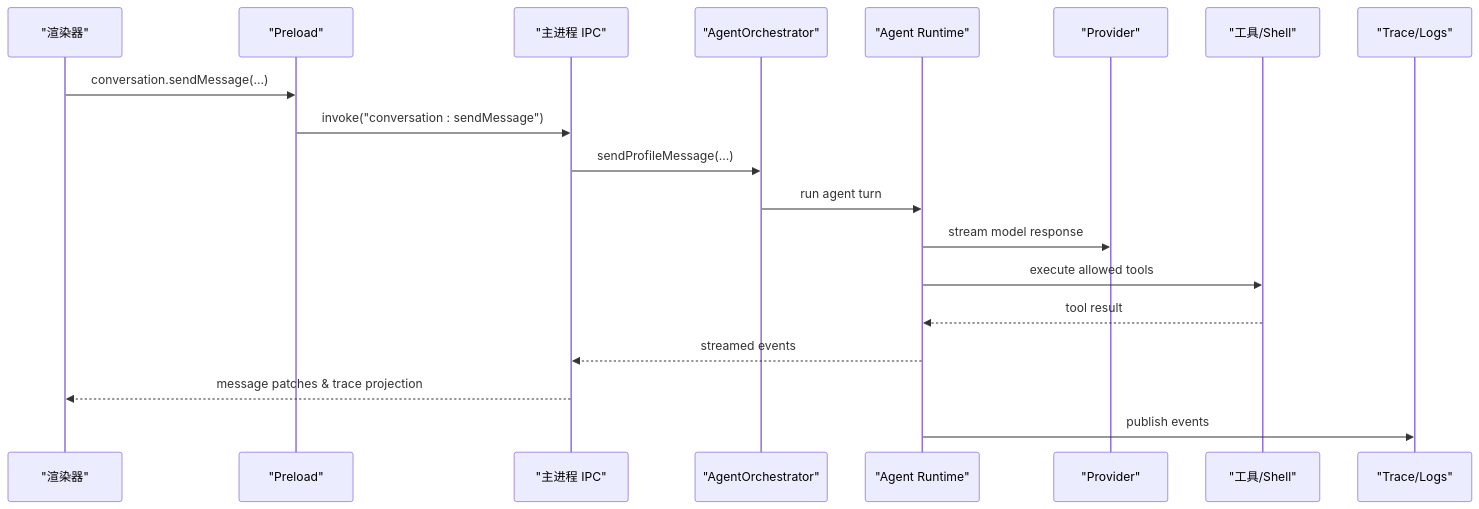
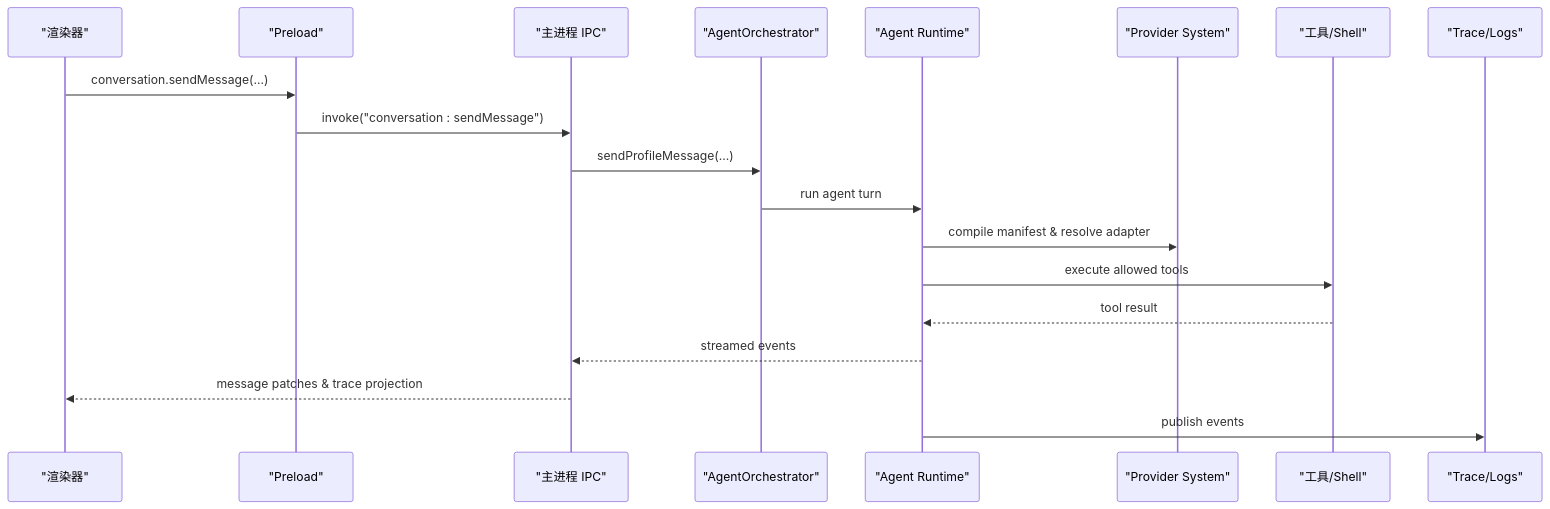
Before and after one commit to haolange/RDC-Agent: the second of 10 diagrams in .qoder/repowiki/zh/content/架构设计/架构设计.md, drawn with Mermaid. The commit also changed other lines of this file and 12 other files, not shown here.

````diff
--- a/.qoder/repowiki/zh/content/架构设计/架构设计.md
+++ b/.qoder/repowiki/zh/content/架构设计/架构设计.md
@@ -91,21 +107,21 @@
 ```mermaid
 sequenceDiagram
 participant UI as "渲染器"
 participant PL as "Preload"
 participant IPC as "主进程 IPC"
 participant ORCH as "AgentOrchestrator"
 participant RT as "Agent Runtime"
-participant PROV as "Provider"
+participant PROV as "Provider System"
 participant TOOLS as "工具/Shell"
 participant TRACE as "Trace/Logs"
 UI->>PL : conversation.sendMessage(...)
 PL->>IPC : invoke("conversation : sendMessage")
 IPC->>ORCH : sendProfileMessage(...)
 ORCH->>RT : run agent turn
-RT->>PROV : stream model response
+RT->>PROV : compile manifest & resolve adapter
 RT->>TOOLS : execute allowed tools
 TOOLS-->>RT : tool result
 RT-->>IPC : streamed events
 IPC-->>UI : message patches & trace projection
 RT->>TRACE : publish events
 ```
````
